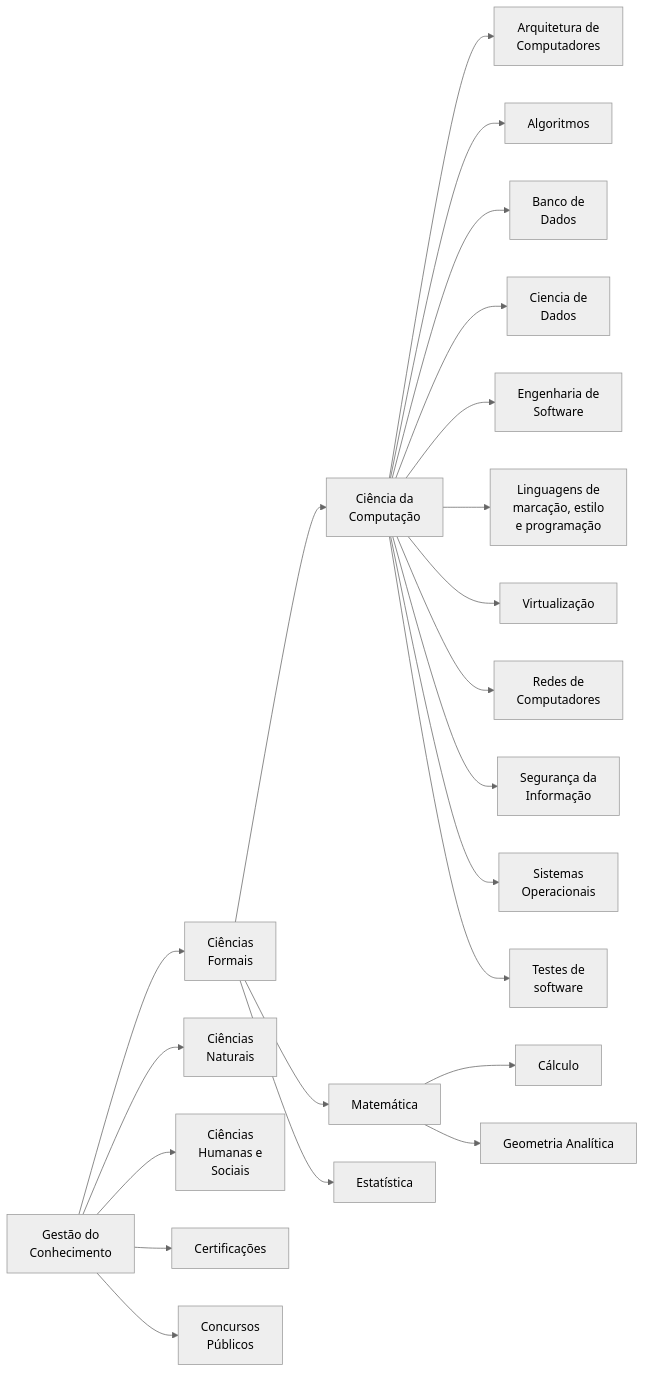
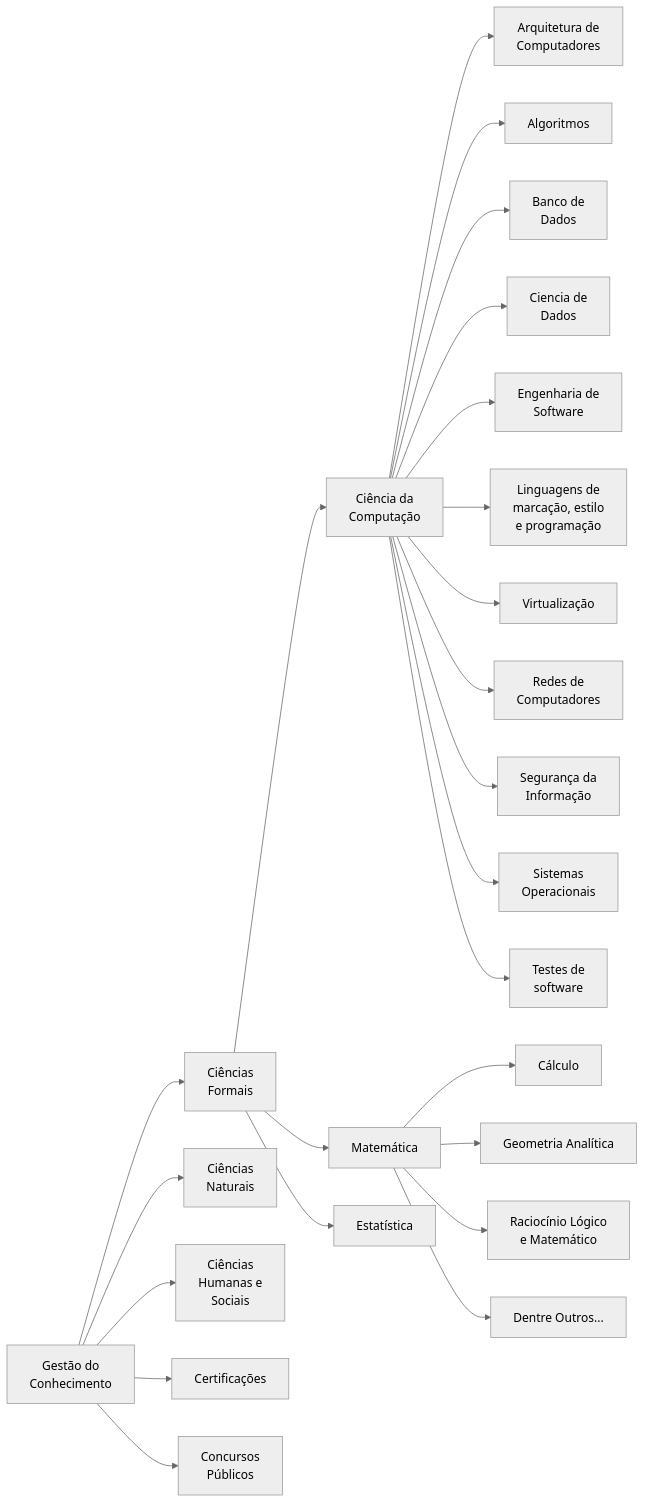
Before and after one commit to dnlclaudino/gestao-do-conhecimento: the third of 3 diagrams in README.md, drawn with Mermaid (neutral theme). The commit also changed other lines of this file, not shown here.

````diff
--- a/README.md
+++ b/README.md
@@ -64,24 +70,26 @@
 ```mermaid
 graph LR;
 A[Gestão do<br>Conhecimento ]-->CF[Ciências<br>Formais];
   A-->C[Ciências<br>Naturais];
   A-->D[Ciências<br>Humanas e<br>Sociais]
   A-->E[Certificações];
   A-->F[Concursos<br>Públicos];
   CF-->CC[Ciência da<br>Computação];
         CC-->AC[Arquitetura de<br>Computadores];
         CC-->ALG[Algoritmos];
         CC-->BD[Banco de<br>Dados];
         CC-->CD[Ciencia de<br>Dados];
         CC-->ES[Engenharia de<br>Software];
         CC-->LMEP[Linguagens de<br>marcação, estilo<br>e programação];
         CC-->VIRT[Virtualização];
         CC-->RC[Redes de<br>Computadores];
         CC-->SI[Segurança da<br>Informação];
         CC-->SO[Sistemas<br>Operacionais];
         CC-->TS[Testes de<br>software];
   CF-->MAT[Matemática];
        MAT-->CALC[Cálculo];
        MAT-->GA[Geometria Analítica];
+       MAT-->RL[Raciocínio Lógico<br>e Matemático];
+       MAT-->DO[Dentre Outros...];
   CF-->ESTAT[Estatística];
 ```
````
